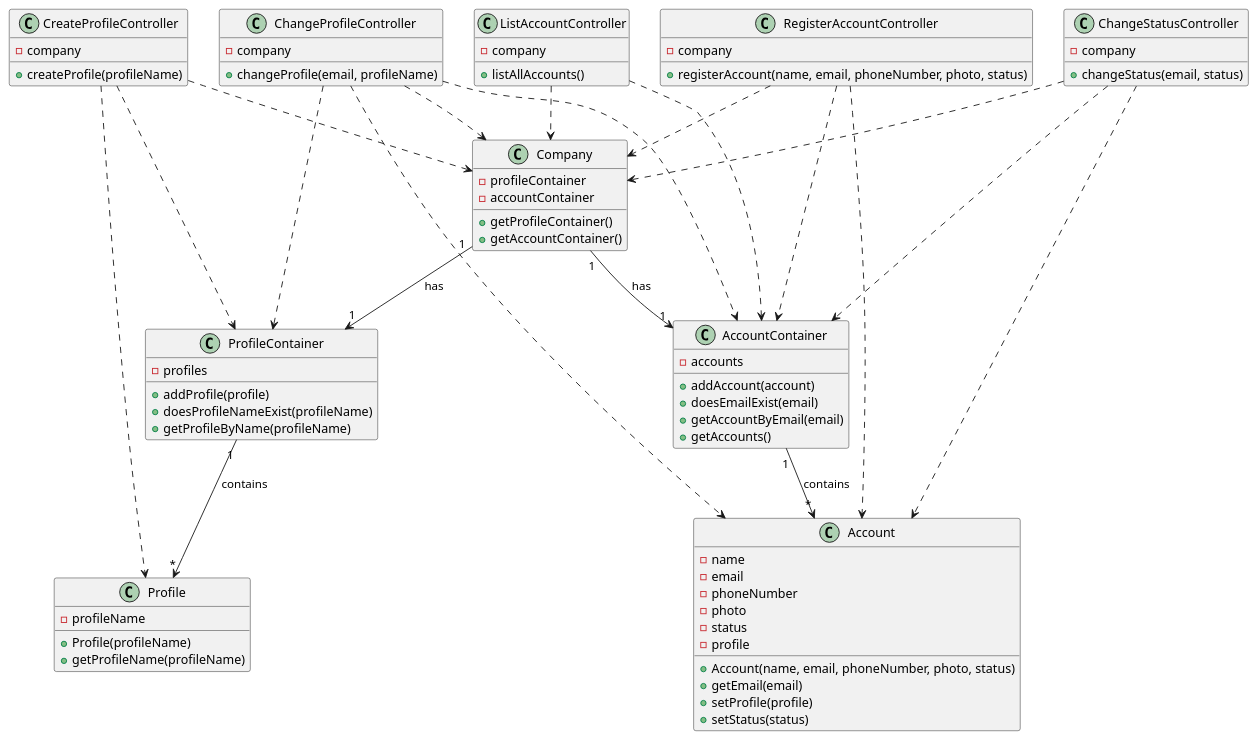
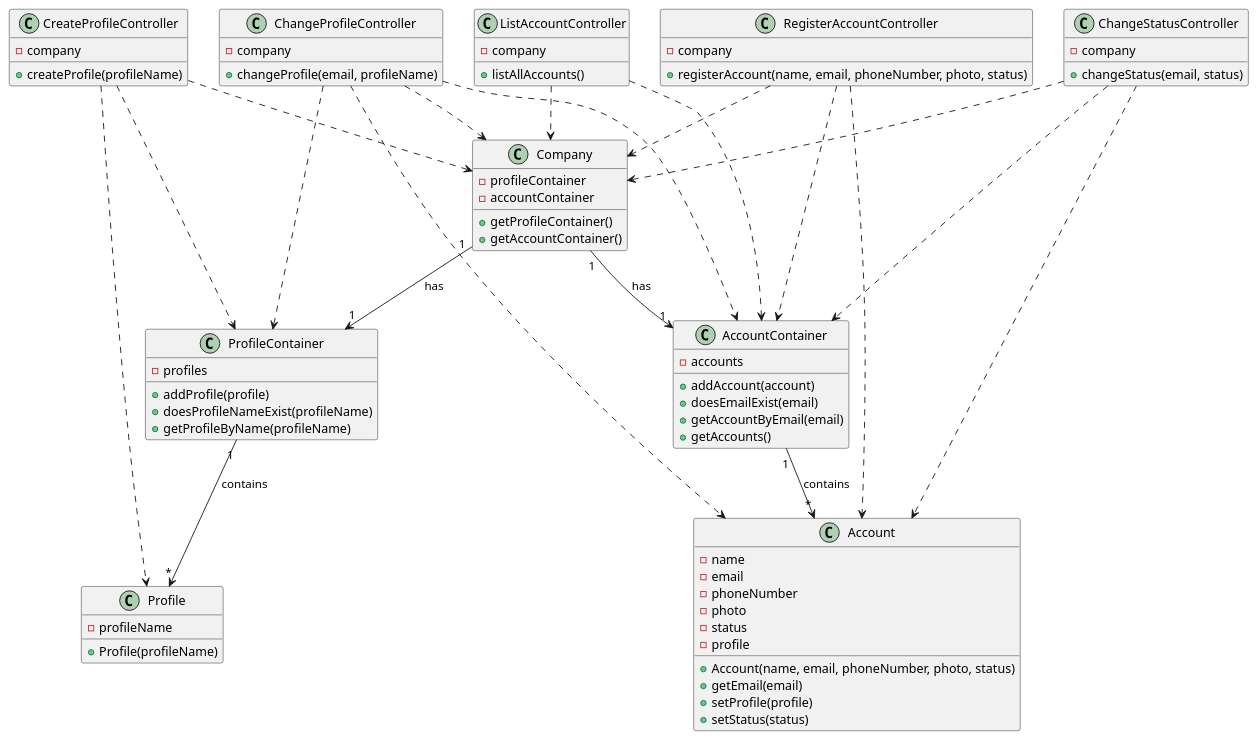
One commit to Loracline/project_switch_22-23 changed the diagram in docs/modelling_design/classDiagram_v1.puml. Above: the diagram before and after it, drawn with PlantUML. The commit also changed 54 other files, not shown here.

Commit message:
UC Diagram - SSD - Sequence Diagram | Final update before Sprint #1

```diff
--- a/docs/modelling_design/classDiagram_v1.puml
+++ b/docs/modelling_design/classDiagram_v1.puml
@@ -1,93 +1,92 @@
 @startuml
 
 class "CreateProfileController" {
 -company
 +createProfile(profileName)
 }
 
 class "RegisterAccountController" {
 -company
 +registerAccount(name, email, phoneNumber, photo, status)
 }
 
 class ChangeProfileController {
 -company
 +changeProfile(email, profileName)
 }
 
 class "ListAccountController" {
 -company
 +listAllAccounts()
 }
 
 class "ChangeStatusController" {
 -company
 +changeStatus(email, status)
 }
 
 class "Company" {
 -profileContainer
 -accountContainer
 +getProfileContainer()
 +getAccountContainer()
 }
 
 class "ProfileContainer"{
 -profiles
 +addProfile(profile)
 +doesProfileNameExist(profileName)
 +getProfileByName(profileName)
 }
 
 class "Profile"{
 -profileName
 +Profile(profileName)
-+getProfileName(profileName)
 }
 
 class "AccountContainer"{
 -accounts
 +addAccount(account)
 +doesEmailExist(email)
 +getAccountByEmail(email)
 +getAccounts()
 }
 
 class "Account" {
 -name
 -email
 -phoneNumber
 -photo
 -status
 -profile
 +Account(name, email, phoneNumber, photo, status)
 +getEmail(email)
 +setProfile(profile)
 +setStatus(status)
 }
 
 "CreateProfileController" ..>  "Company"
 "CreateProfileController" ..> "ProfileContainer"
 "CreateProfileController" ..> "Profile"
 "Company" "1"-->"1" "ProfileContainer": has
 "ProfileContainer" "1" --> "*" "Profile": contains
 
 "RegisterAccountController" ..>  "Company"
 "RegisterAccountController" ..> "Account"
 "RegisterAccountController" ..> "AccountContainer"
 "Company" "1"-->"1" "AccountContainer": has
 "AccountContainer" "1"-->"*" "Account": contains
 
 ChangeProfileController ..> Company
 ChangeProfileController ..> ProfileContainer
 ChangeProfileController ..> AccountContainer
 ChangeProfileController ..> Account
 
 "ListAccountController" ..> "Company"
 "ListAccountController" ..> "AccountContainer"
 
 "ChangeStatusController" ..> "Company"
 "ChangeStatusController" ..> "AccountContainer"
 "ChangeStatusController" ..> "Account"
 
 @enduml
```
